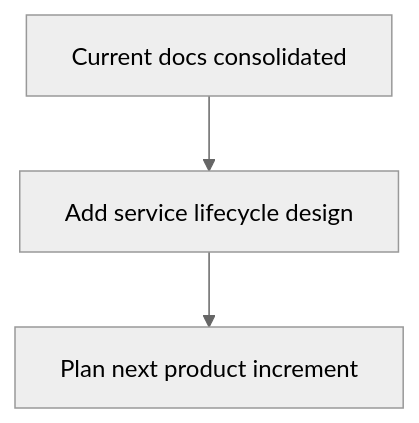
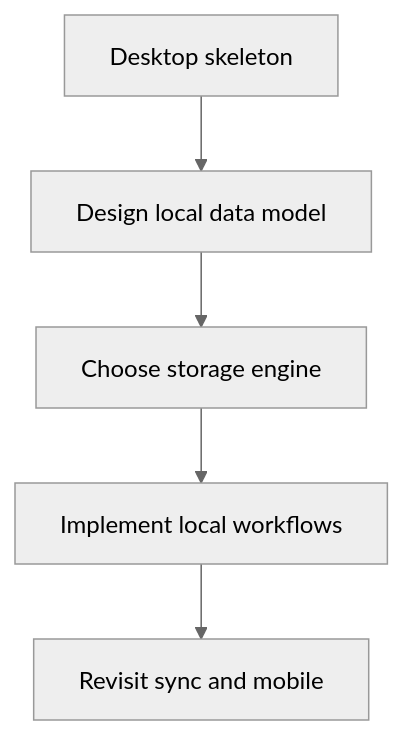
Before and after one commit to deweyou/weave: the diagram in docs/.todo.md, drawn with Mermaid (neutral theme). The commit also changed other lines of this file and 53 other files, not shown here.

````diff
--- a/docs/.todo.md
+++ b/docs/.todo.md
@@ -3,5 +3,7 @@
 ```mermaid
 flowchart TD
-    A["Current docs consolidated"] --> B["Add service lifecycle design"]
-    B --> C["Plan next product increment"]
+    A["Desktop skeleton"] --> B["Design local data model"]
+    B --> C["Choose storage engine"]
+    C --> D["Implement local workflows"]
+    D --> E["Revisit sync and mobile"]
 ```
````
